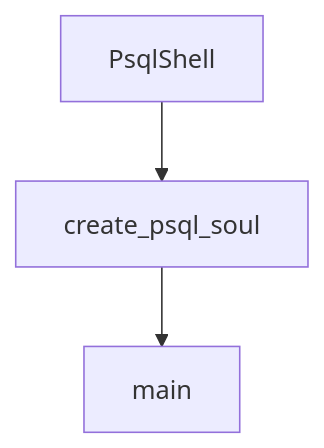
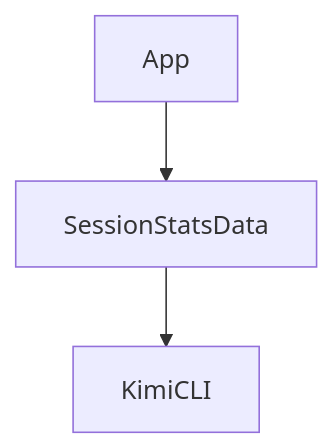
The diagram in tutorials/kimi-cli-tutorial/07-loop-control-retries-and-long-tasks.md (johnxie/awesome-code-docs), drawn with Mermaid before and after one commit. The commit also changed other lines of this file and 1232 other files, not shown here.

````diff
--- a/tutorials/kimi-cli-tutorial/07-loop-control-retries-and-long-tasks.md
+++ b/tutorials/kimi-cli-tutorial/07-loop-control-retries-and-long-tasks.md
@@ -171,8 +169,8 @@
 ```mermaid
 flowchart TD
-    A[PsqlShell]
-    B[create_psql_soul]
-    C[main]
+    A[App]
+    B[SessionStatsData]
+    C[KimiCLI]
     A --> B
     B --> C
 ```
````
